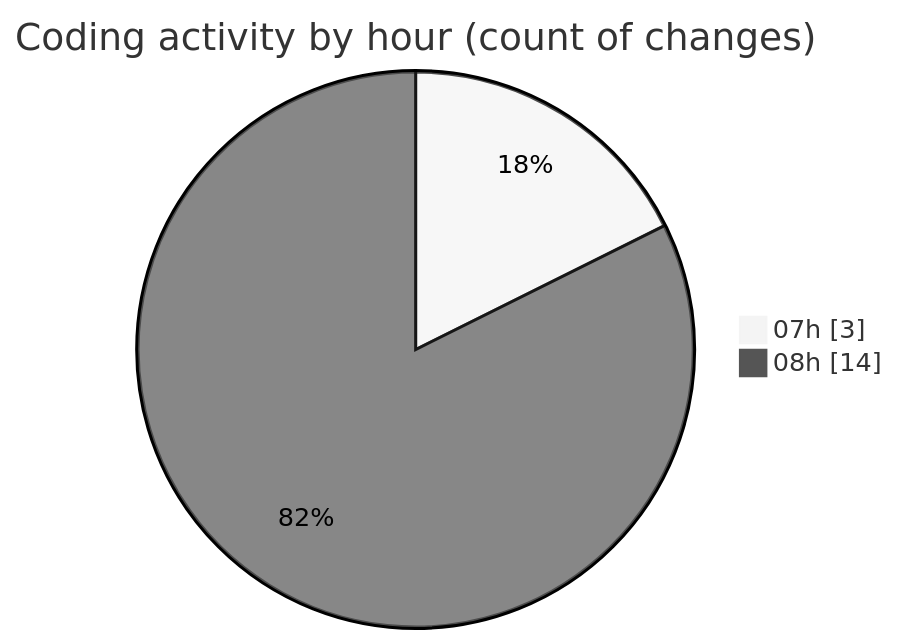
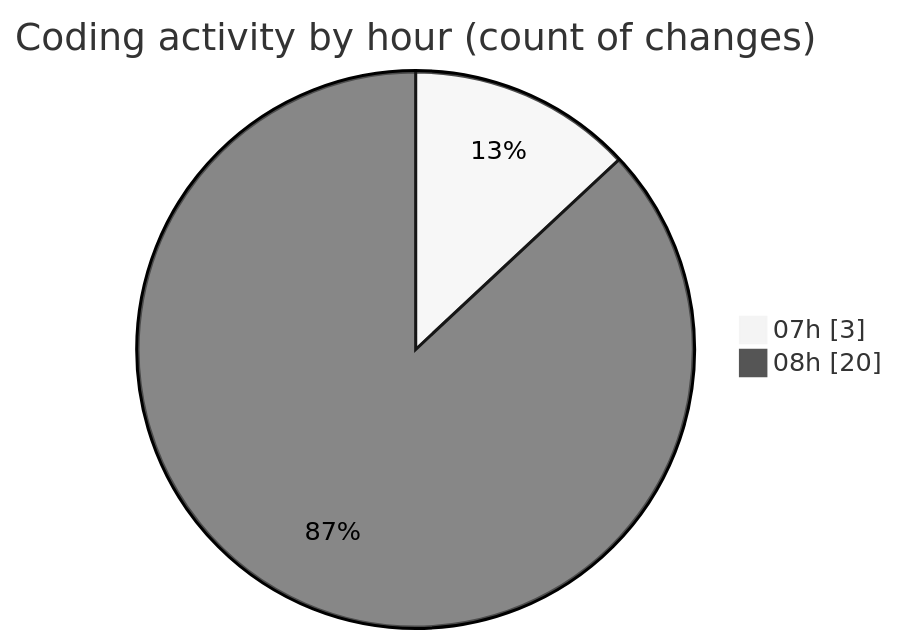
One commit to MatusMokan/code-tracking changed the second of 2 diagrams in 2025-05-07/myws__workspace_/README.md. Above: the diagram before and after it, drawn with Mermaid (neutral theme). The commit also changed other lines of this file and 1 other file, not shown here.

````diff
--- a/2025-05-07/myws__workspace_/README.md
+++ b/2025-05-07/myws__workspace_/README.md
@@ -28,6 +28,6 @@
 ```mermaid
 pie showData
 title Coding activity by hour (count of changes)
 "07h" : 3
-"08h" : 14
+"08h" : 20
 ```
````
